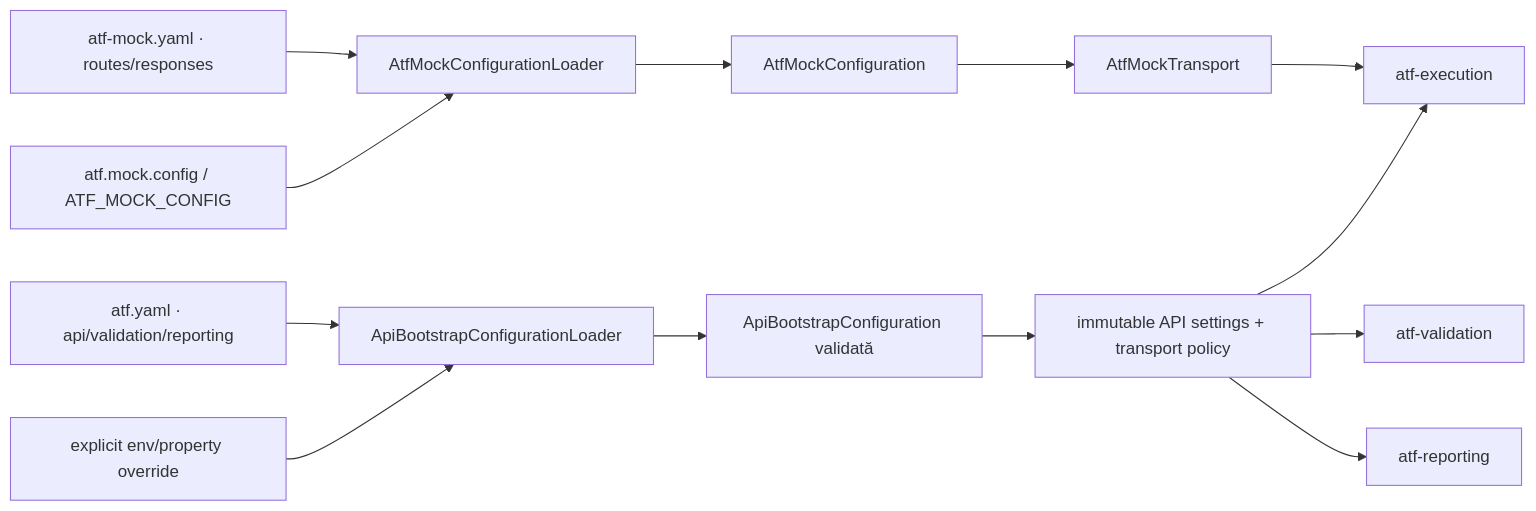
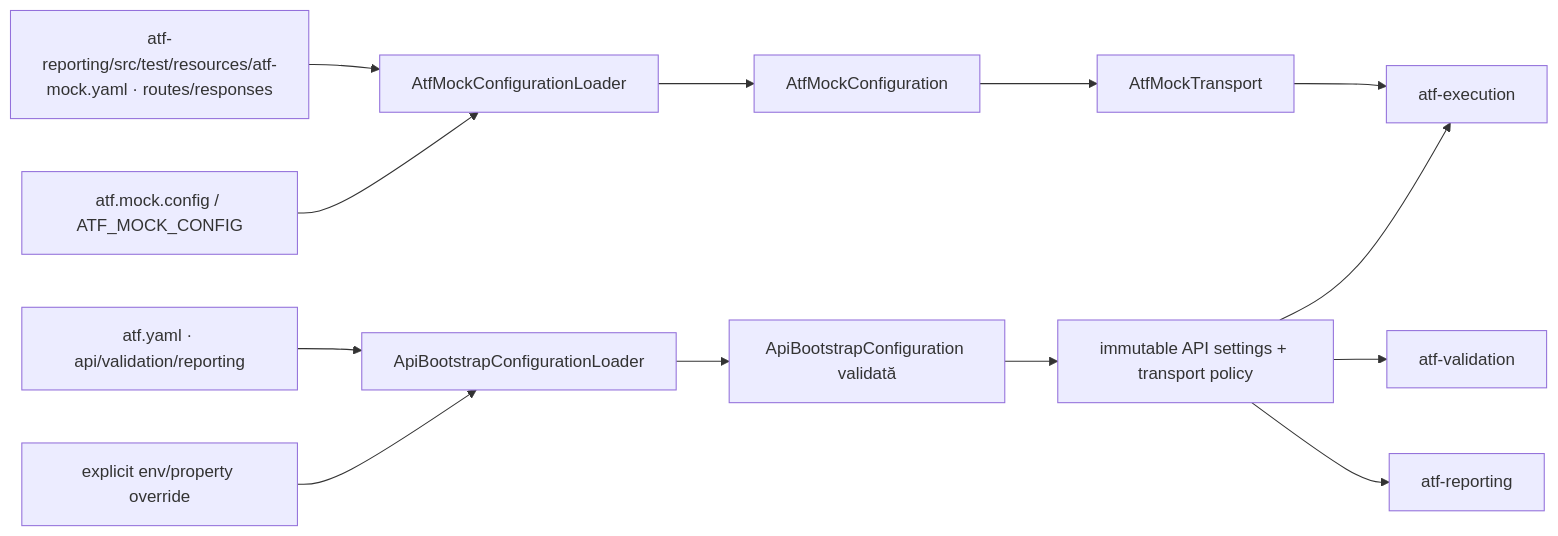
One commit to crististefanita/demo2 changed the seventh of 9 diagrams in docs/ATF_Architecture.md. Above: the diagram before and after it, drawn with Mermaid. The commit also changed other lines of this file and 647 other files, not shown here.

```diff
--- a/docs/ATF_Architecture.md
+++ b/docs/ATF_Architecture.md
@@ -210,15 +401,15 @@
 ~~~mermaid
 flowchart LR
     General[atf.yaml · api/validation/reporting] --> Loader[ApiBootstrapConfigurationLoader]
-    MockYaml[atf-mock.yaml · routes/responses] --> MockLoader[AtfMockConfigurationLoader]
+    MockYaml[atf-reporting/src/test/resources/atf-mock.yaml · routes/responses] --> MockLoader[AtfMockConfigurationLoader]
     MockOverride[atf.mock.config / ATF_MOCK_CONFIG] --> MockLoader
     Env[explicit env/property override] --> Loader
     Loader --> Config[ApiBootstrapConfiguration validată]
     Config --> Snapshot[immutable API settings + transport policy]
     Snapshot --> Execution[atf-execution]
     Snapshot --> Validation[atf-validation]
     Snapshot --> Reporting[atf-reporting]
     MockLoader --> MockSnapshot[AtfMockConfiguration]
     MockSnapshot --> MockTransport[AtfMockTransport]
     MockTransport --> Execution
 ~~~
```
